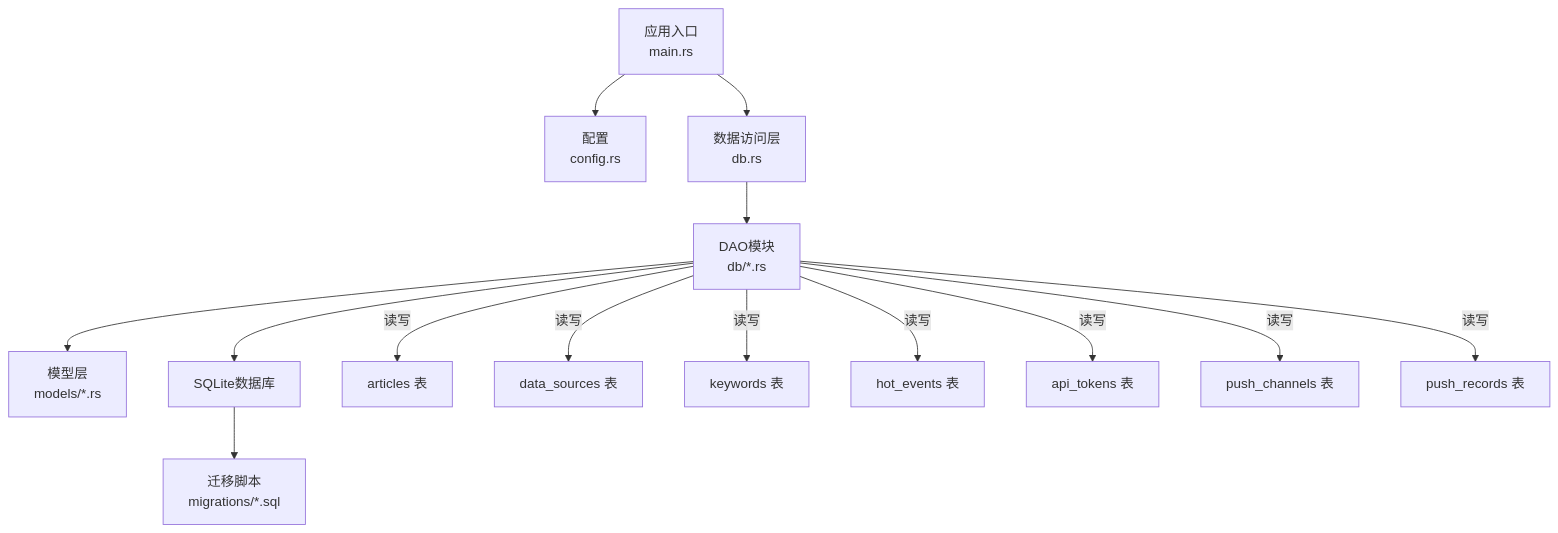
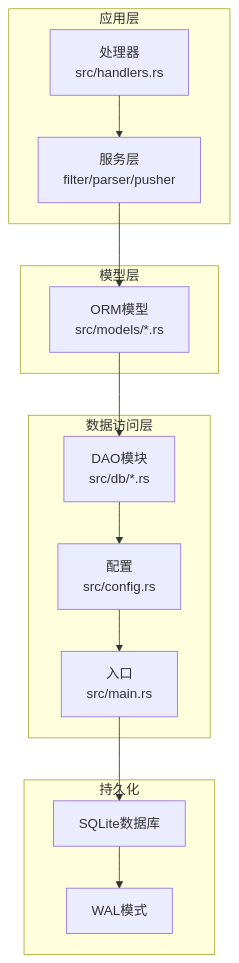
One commit to leimu-hue/AI-Trend-Tool changed the first of 4 diagrams in .qoder/repowiki/zh/content/数据库设计/数据库设计.md. Above: the diagram before and after it, drawn with Mermaid. The commit also changed other lines of this file and 118 other files, not shown here.

````diff
--- a/.qoder/repowiki/zh/content/数据库设计/数据库设计.md
+++ b/.qoder/repowiki/zh/content/数据库设计/数据库设计.md
@@ -124,16 +57,26 @@
 ```mermaid
 graph TB
-APP["应用入口<br/>main.rs"] --> CFG["配置<br/>config.rs"]
-APP --> DBMOD["数据访问层<br/>db.rs"]
-DBMOD --> DAO["DAO模块<br/>db/*.rs"]
-DAO --> MODELS["模型层<br/>models/*.rs"]
-DAO --> DB["SQLite数据库"]
-DB --> MIG["迁移脚本<br/>migrations/*.sql"]
-DAO --> |"读写"| ART["articles 表"]
-DAO --> |"读写"| SRC["data_sources 表"]
-DAO --> |"读写"| KW["keywords 表"]
-DAO --> |"读写"| HE["hot_events 表"]
-DAO --> |"读写"| TKN["api_tokens 表"]
-DAO --> |"读写"| CH["push_channels 表"]
-DAO --> |"读写"| PR["push_records 表"]
+subgraph "应用层"
+Handlers["处理器<br/>src/handlers.rs"]
+Services["服务层<br/>filter/parser/pusher"]
+end
+subgraph "模型层"
+Models["ORM模型<br/>src/models/*.rs"]
+end
+subgraph "数据访问层"
+DBMod["DAO模块<br/>src/db/*.rs"]
+Config["配置<br/>src/config.rs"]
+Main["入口<br/>src/main.rs"]
+end
+subgraph "持久化"
+SQLite["SQLite数据库"]
+WAL["WAL模式"]
+end
+Handlers --> Services
+Services --> Models
+Models --> DBMod
+DBMod --> Config
+Config --> Main
+Main --> SQLite
+SQLite --> WAL
 ```
````
